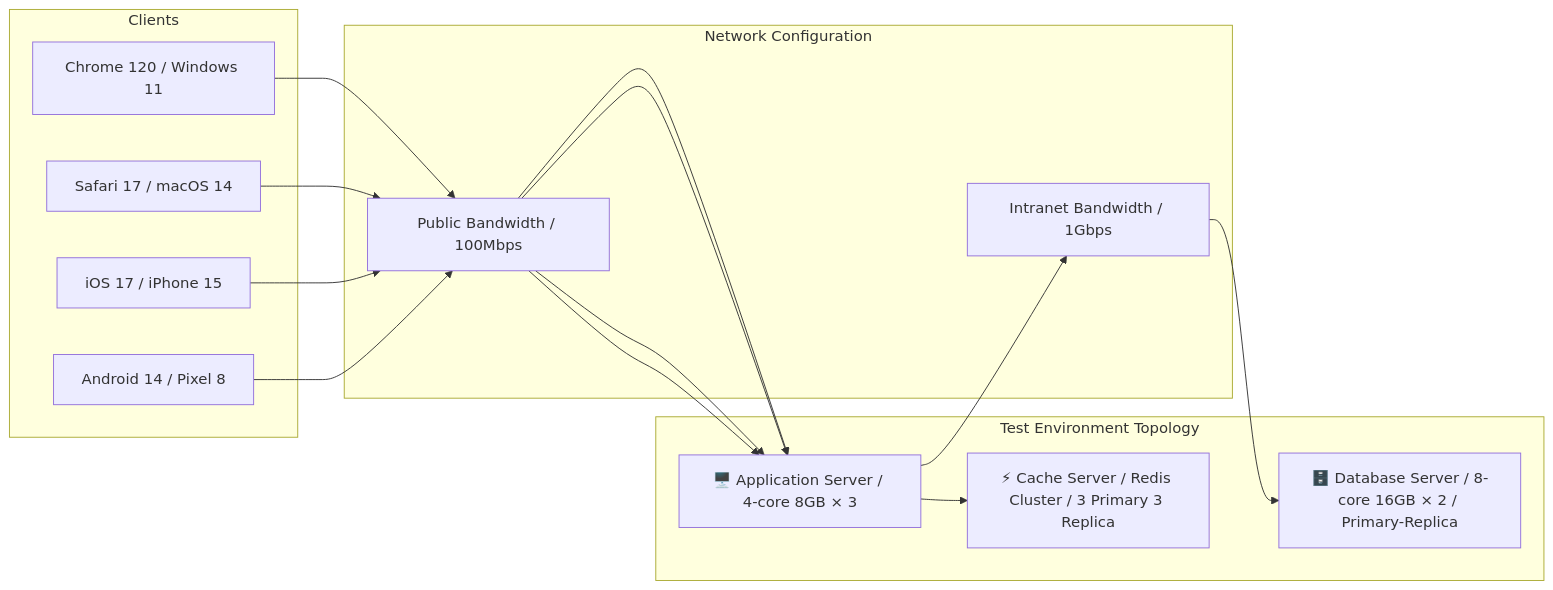
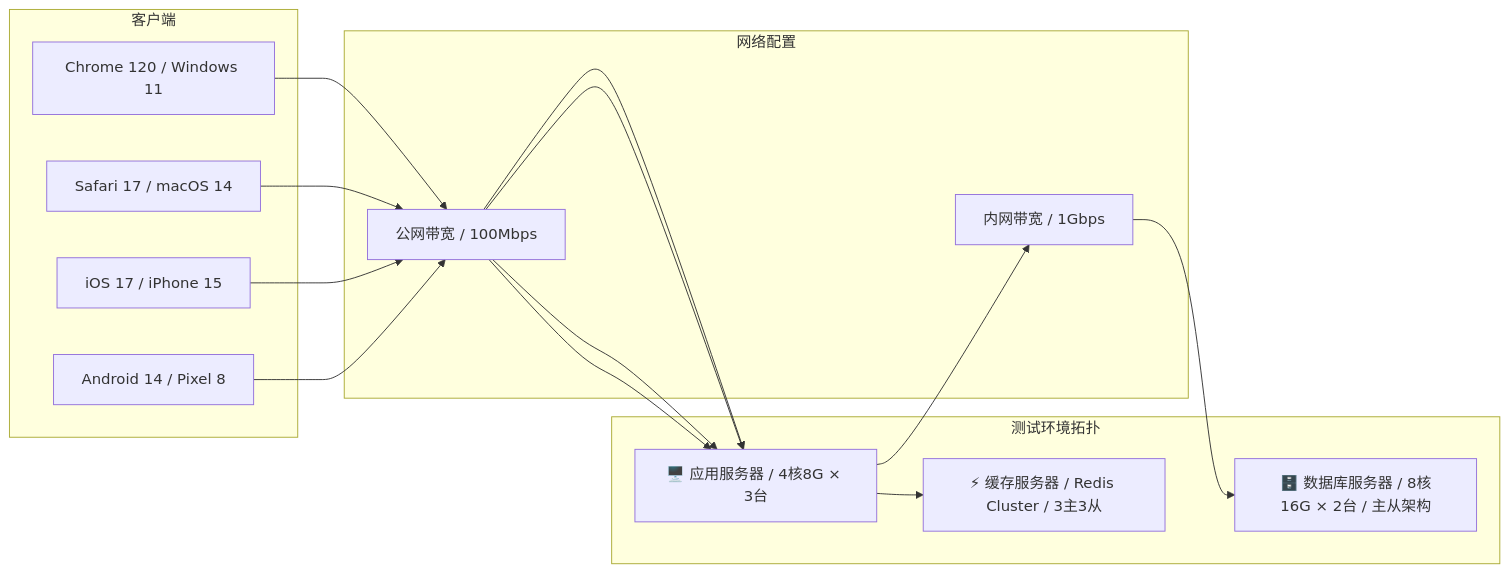
Before and after one commit to Kirky-X/cangjie: the second of 4 diagrams in templates/Product/Delivery/Template-Test-Report.md, drawn with Mermaid. The commit also changed other lines of this file and 33 other files, not shown here.

````diff
--- a/templates/Product/Delivery/Template-Test-Report.md
+++ b/templates/Product/Delivery/Template-Test-Report.md
@@ -116,27 +116,27 @@
 ```mermaid
 flowchart LR
-    subgraph Test Environment Topology
-        A1[🖥️ Application Server / 4-core 8GB × 3]
-        A2[🗄️ Database Server / 8-core 16GB × 2 / Primary-Replica]
-        A3[⚡ Cache Server / Redis Cluster / 3 Primary 3 Replica]
+    subgraph 测试环境拓扑
+        A1[🖥️ 应用服务器 / 4核8G × 3台]
+        A2[🗄️ 数据库服务器 / 8核16G × 2台 / 主从架构]
+        A3[⚡ 缓存服务器 / Redis Cluster / 3主3从]
     end
 
-    subgraph Network Configuration
-        N1[Intranet Bandwidth / 1Gbps]
-        N2[Public Bandwidth / 100Mbps]
+    subgraph 网络配置
+        N1[内网带宽 / 1Gbps]
+        N2[公网带宽 / 100Mbps]
     end
 
-    subgraph Clients
+    subgraph 客户端
         C1[Chrome 120 / Windows 11]
         C2[Safari 17 / macOS 14]
         C3[iOS 17 / iPhone 15]
         C4[Android 14 / Pixel 8]
     end
 
     C1 --> N2 --> A1
     C2 --> N2 --> A1
     C3 --> N2 --> A1
     C4 --> N2 --> A1
     A1 --> N1 --> A2
     A1 --> A3
 ```
````
